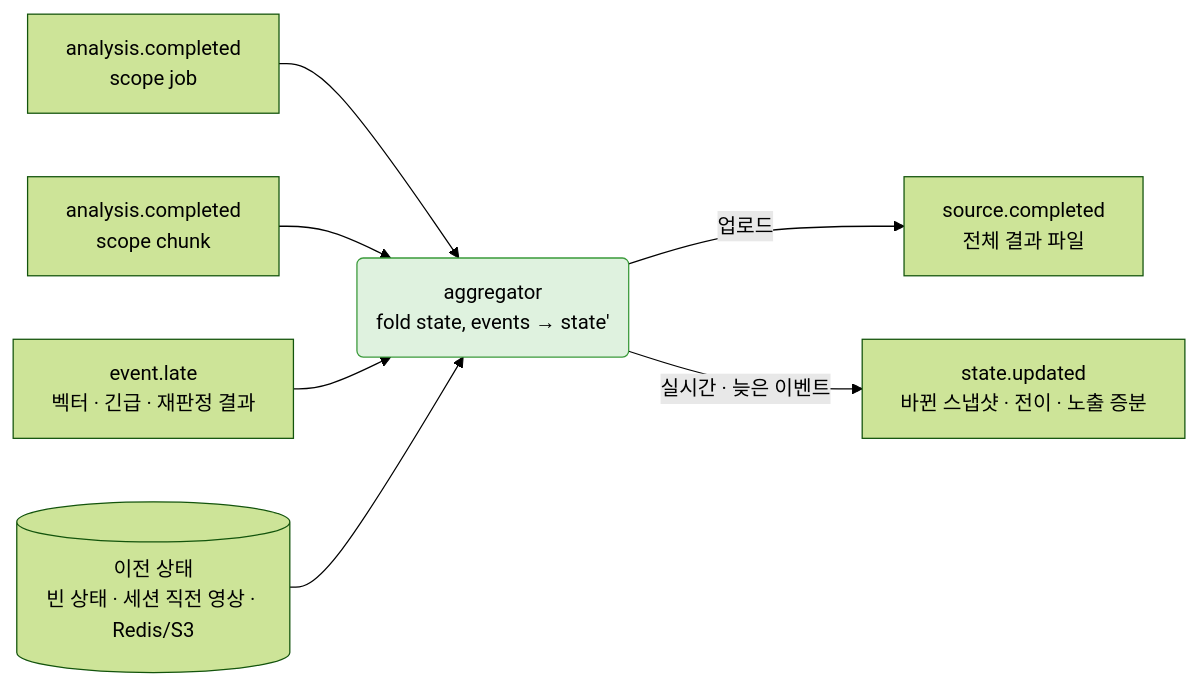
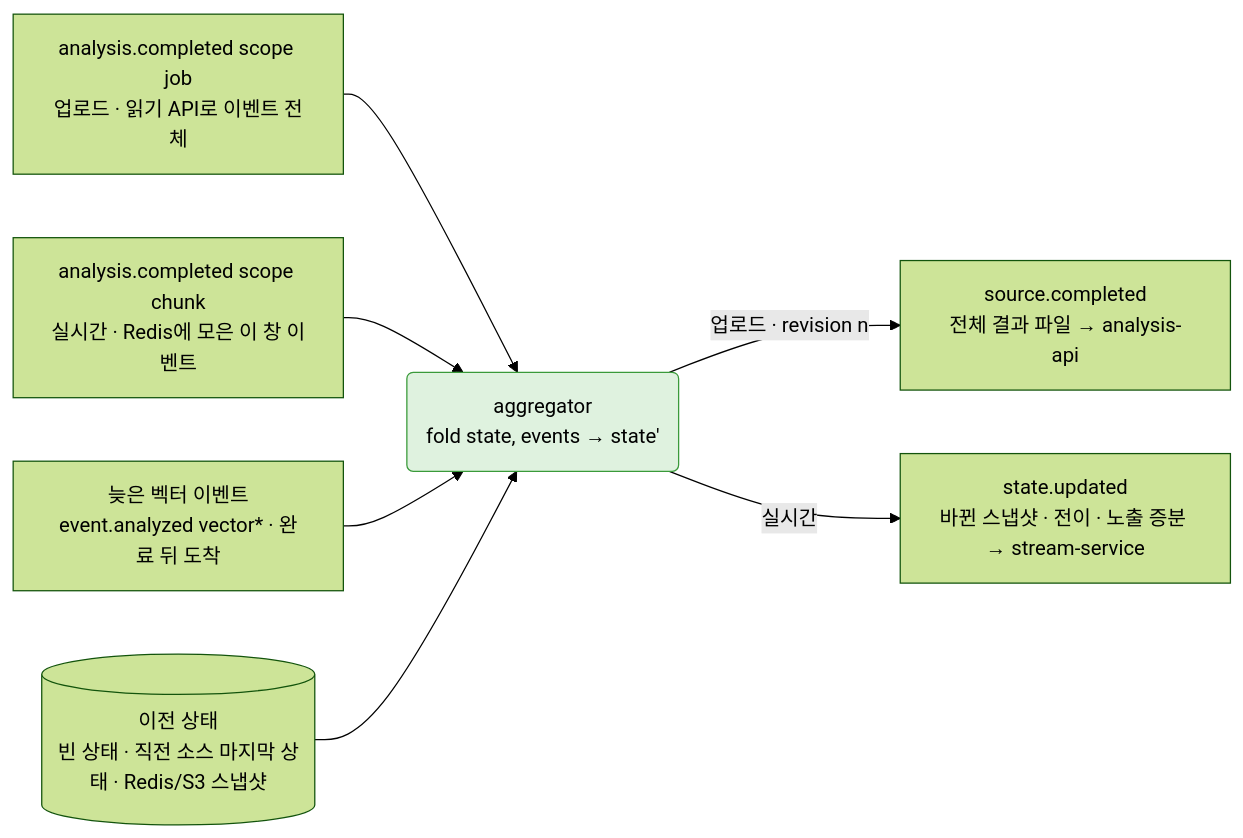
One commit to p5-3-final/docs changed the ninth of 11 diagrams in docs/architecture/architecture.md. Above: the diagram before and after it, drawn with Mermaid (forest theme). The commit also changed other lines of this file and 9 other files, not shown here.

First line of the commit message:
docs(architecture): v5.1 재검토 반영과 ADR-0015~0017 추가

````diff
--- a/docs/architecture/architecture.md
+++ b/docs/architecture/architecture.md
@@ -596,11 +604,11 @@
 ```mermaid
 flowchart LR
   classDef fin fill:#dff2df,stroke:#3a9a3a
-  A[analysis.completed<br/>scope job] --> F
-  B[analysis.completed<br/>scope chunk] --> F
-  C[event.late<br/>벡터 · 긴급 · 재판정 결과] --> F
-  S[(이전 상태<br/>빈 상태 · 세션 직전 영상 · Redis/S3)] --> F
+  A[analysis.completed scope job<br/>업로드 · 읽기 API로 이벤트 전체] --> F
+  B[analysis.completed scope chunk<br/>실시간 · Redis에 모은 이 창 이벤트] --> F
+  C[늦은 벡터 이벤트<br/>event.analyzed vector* · 완료 뒤 도착] --> F
+  S[(이전 상태<br/>빈 상태 · 직전 소스 마지막 상태 · Redis/S3 스냅샷)] --> F
   F(aggregator<br/>fold state, events → state'):::fin
-  F -->|업로드| O1[source.completed<br/>전체 결과 파일]
-  F -->|실시간 · 늦은 이벤트| O2[state.updated<br/>바뀐 스냅샷 · 전이 · 노출 증분]
+  F -->|업로드 · revision n| O1[source.completed<br/>전체 결과 파일 → analysis-api]
+  F -->|실시간| O2[state.updated<br/>바뀐 스냅샷 · 전이 · 노출 증분 → stream-service]
 ```
````
